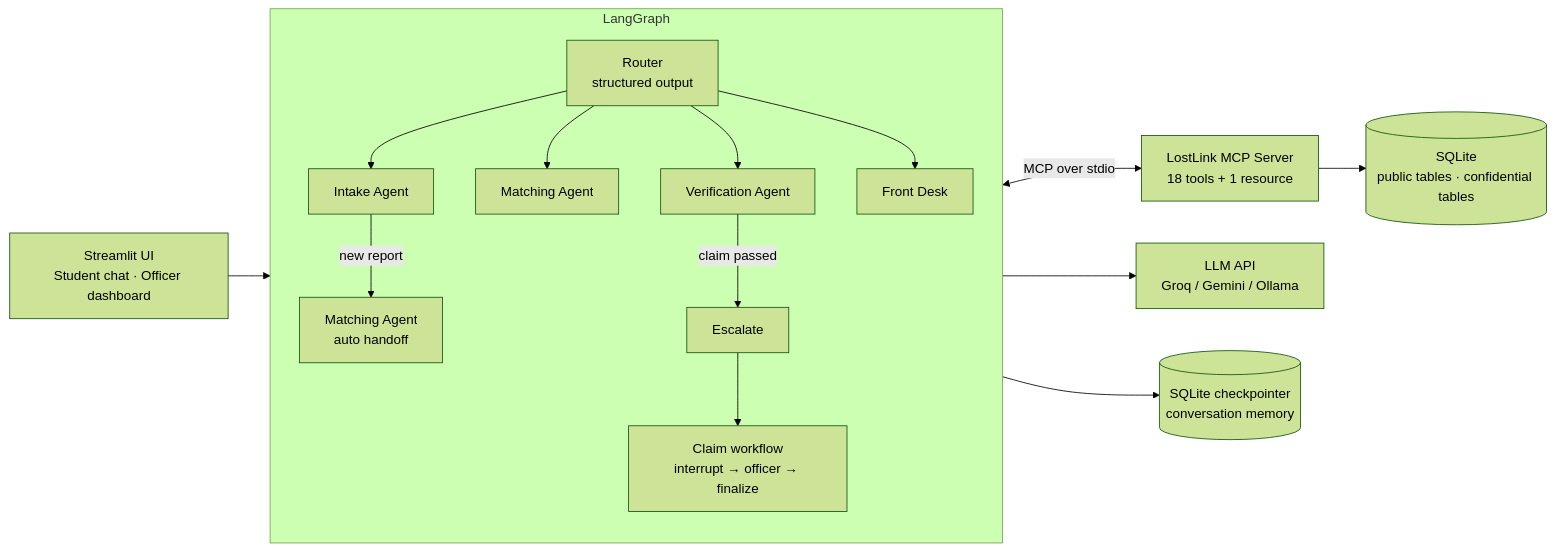
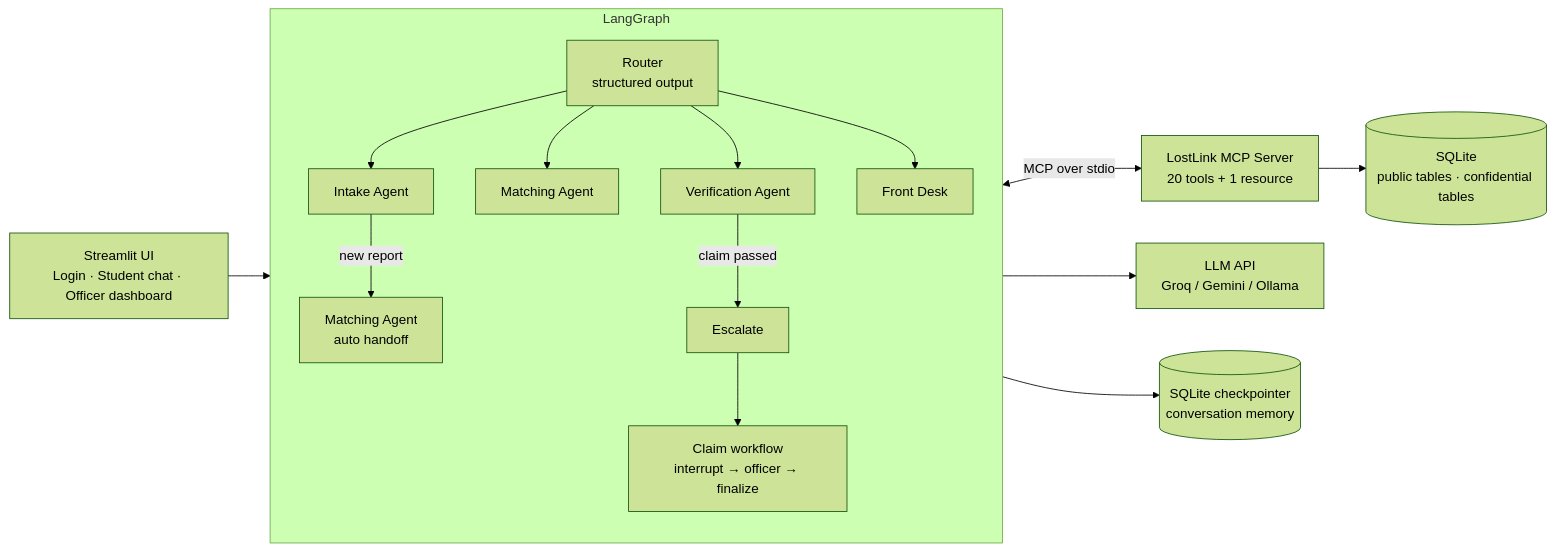
One commit to suwathi-0803/lostlink-agent changed the diagram in README.md. Above: the diagram before and after it, drawn with Mermaid (forest theme). The commit also changed other lines of this file and 10 other files, not shown here.

First line of the commit message:
Add login: hashed passwords, student sign-up, officer-only dashboard

````diff
--- a/README.md
+++ b/README.md
@@ -21,17 +21,17 @@
 ```mermaid
 flowchart LR
-    UI[Streamlit UI<br/>Student chat · Officer dashboard] --> G
+    UI[Streamlit UI<br/>Login · Student chat · Officer dashboard] --> G
     subgraph G[LangGraph]
         R[Router<br/>structured output] --> I[Intake Agent]
         R --> M[Matching Agent]
         R --> V[Verification Agent]
         R --> FD[Front Desk]
         I -- new report --> AM[Matching Agent<br/>auto handoff]
         V -- claim passed --> E[Escalate]
         E --> CW[Claim workflow<br/>interrupt → officer → finalize]
     end
-    G <-- MCP over stdio --> S[LostLink MCP Server<br/>18 tools + 1 resource]
+    G <-- MCP over stdio --> S[LostLink MCP Server<br/>20 tools + 1 resource]
     S --> DB[(SQLite<br/>public tables · confidential tables)]
     G --> LLM[LLM API<br/>Groq / Gemini / Ollama]
     G --> CP[(SQLite checkpointer<br/>conversation memory)]
 ```
````
